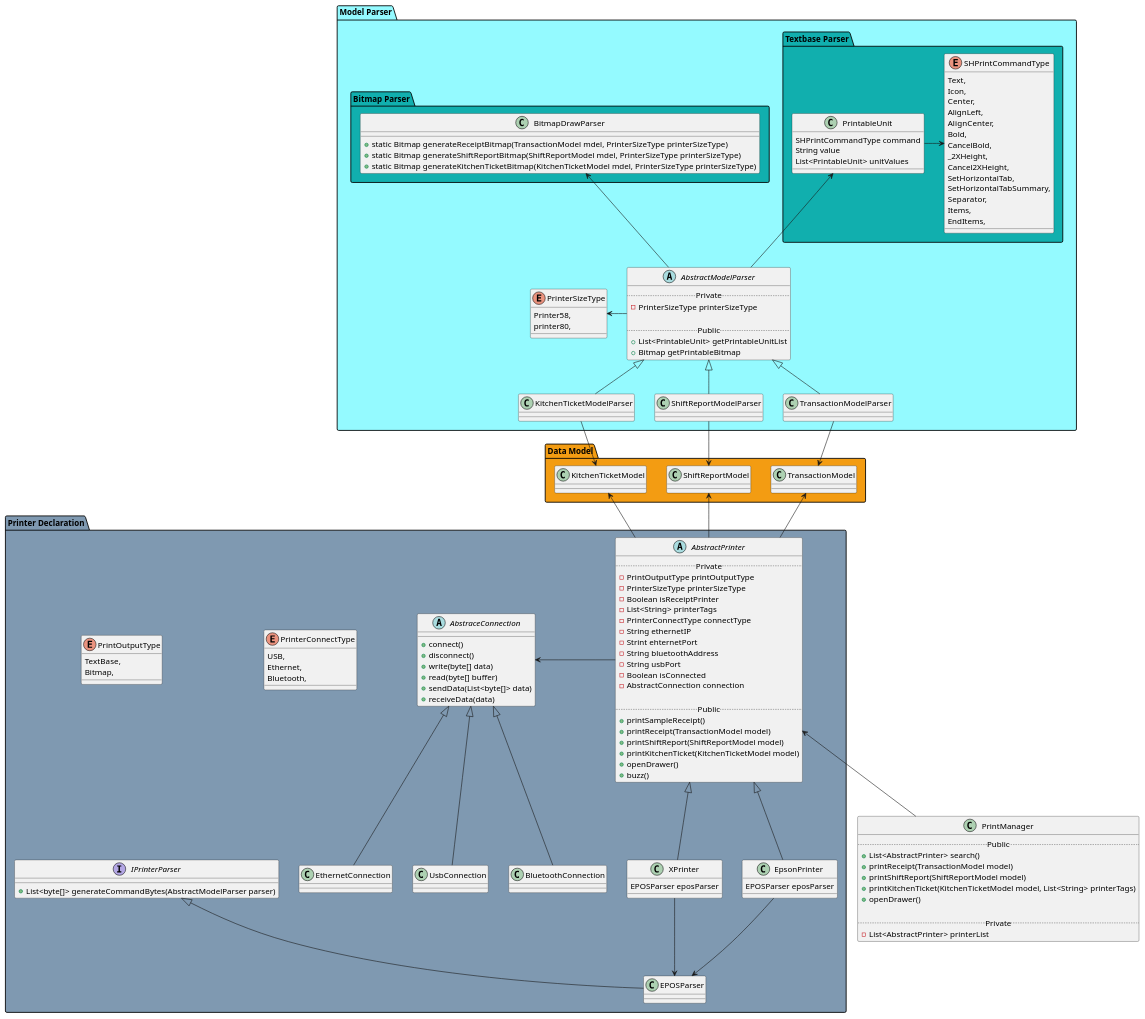
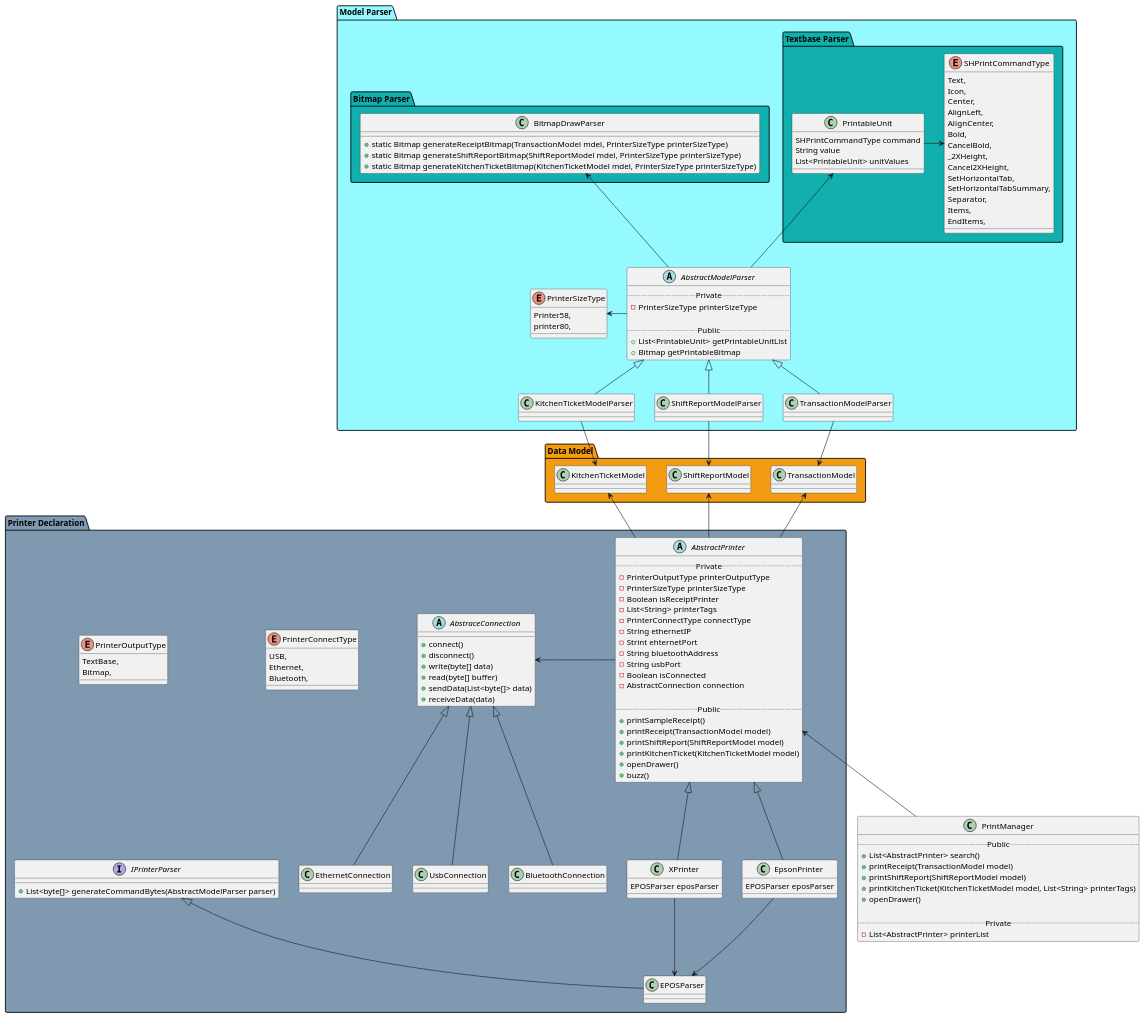
The diagram in src/example/printer.wsd (sumyfly/myUml), drawn with PlantUML before and after one commit.

Commit message:
update printer uml

```diff
--- a/src/example/printer.wsd
+++ b/src/example/printer.wsd
@@ -1,193 +1,193 @@
 @startuml printer
 
 package "Data Model" #F39C12 {
   class TransactionModel {
   }
 
   class ShiftReportModel {
   }
 
   class KitchenTicketModel {
   }
 
 }
 
 package "Model Parser" #94FAFF {
 
   enum PrinterSizeType {
     Printer58,
     printer80,
   }
 
   package "Textbase Parser" #11AFAE {
 
     enum SHPrintCommandType {
       Text,
       Icon,
       Center,
       AlignLeft,
       AlignCenter,
       Bold,
       CancelBold,
       _2XHeight,
       Cancel2XHeight,
       SetHorizontalTab,
       SetHorizontalTabSummary,
       Separator,
       Items,
       EndItems,
     }
 
     class PrintableUnit {
       SHPrintCommandType command
       String value
       List<PrintableUnit> unitValues
     }
 
     PrintableUnit -> SHPrintCommandType
   }
 
   package "Bitmap Parser" #11AFAE {
 
     ' temp class, will move logic into specific model parser.
     class BitmapDrawParser {
       + static Bitmap generateReceiptBitmap(TransactionModel mdel, PrinterSizeType printerSizeType)
       + static Bitmap generateShiftReportBitmap(ShiftReportModel mdel, PrinterSizeType printerSizeType)
       + static Bitmap generateKitchenTicketBitmap(KitchenTicketModel mdel, PrinterSizeType printerSizeType)
     }
 
   }
 
   abstract class AbstractModelParser{
     .. Private ..
     - PrinterSizeType printerSizeType
 
     .. Public ..
     + List<PrintableUnit> getPrintableUnitList
     + Bitmap getPrintableBitmap
   }
 
   class TransactionModelParser {
   }
 
   class ShiftReportModelParser {
   }
 
   class KitchenTicketModelParser {
   }
 
   BitmapDrawParser <-- AbstractModelParser
   PrintableUnit <-- AbstractModelParser
   PrinterSizeType <- AbstractModelParser
 
   AbstractModelParser <|-- TransactionModelParser
   TransactionModelParser --> TransactionModel
 
   AbstractModelParser <|-- ShiftReportModelParser
   ShiftReportModelParser --> ShiftReportModel
 
   AbstractModelParser <|-- KitchenTicketModelParser
   KitchenTicketModelParser --> KitchenTicketModel
 }
 
 package "Printer Declaration" #7F99B1 {
   enum PrinterConnectType{
     USB,
     Ethernet,
     Bluetooth,
   }
 
-  enum PrintOutputType {
+  enum PrinterOutputType {
     TextBase,
     Bitmap,
   }
 
   abstract class AbstraceConnection {
     + connect()
     + disconnect()
     + write(byte[] data)
     + read(byte[] buffer)
     + sendData(List<byte[]> data)
     + receiveData(data)
   }
 
   abstract class AbstractPrinter{
     .. Private ..
-    - PrintOutputType printOutputType
+    - PrinterOutputType printerOutputType
     - PrinterSizeType printerSizeType
     - Boolean isReceiptPrinter
     - List<String> printerTags
     - PrinterConnectType connectType
     - String ethernetIP
     - Strint ehternetPort
     - String bluetoothAddress
     - String usbPort
     - Boolean isConnected
     - AbstractConnection connection
 
     .. Public ..
     + printSampleReceipt()
     + printReceipt(TransactionModel model)
     + printShiftReport(ShiftReportModel model)
     + printKitchenTicket(KitchenTicketModel model)
     + openDrawer()
     + buzz()
   }
 
   class BluetoothConnection{
   }
   class EthernetConnection{
   }
   class UsbConnection{
   }
 
 
   AbstraceConnection <- AbstractPrinter
   AbstraceConnection <|-- BluetoothConnection
   AbstraceConnection <|-- EthernetConnection
   AbstraceConnection <|-- UsbConnection
 
 
   TransactionModel <-- AbstractPrinter
   ShiftReportModel <-- AbstractPrinter
   KitchenTicketModel <-- AbstractPrinter
 
   interface IPrinterParser {
     + List<byte[]> generateCommandBytes(AbstractModelParser parser)
   }
 
   class EPOSParser {
   }
 
   class XPrinter {
     EPOSParser eposParser
   }
 
   class EpsonPrinter {
     EPOSParser eposParser
   }
 
   AbstractPrinter <|-- XPrinter
   XPrinter --> EPOSParser
 
   AbstractPrinter <|-- EpsonPrinter
   EpsonPrinter --> EPOSParser
 
   IPrinterParser  <|-- EPOSParser
 }
 
 class PrintManager {
   .. Public ..
   + List<AbstractPrinter> search()
   + printReceipt(TransactionModel model)
   + printShiftReport(ShiftReportModel model)
   + printKitchenTicket(KitchenTicketModel model, List<String> printerTags)
   + openDrawer()
 
   .. Private ..
   - List<AbstractPrinter> printerList
 }
 
 AbstractPrinter <-- PrintManager
 
 @enduml
```
